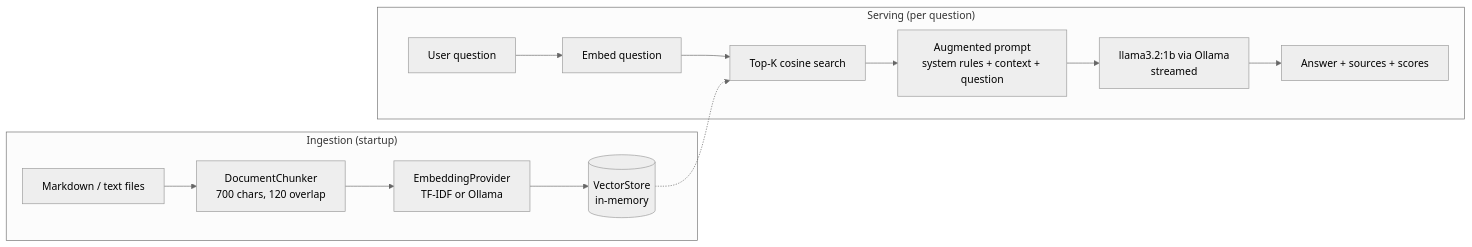
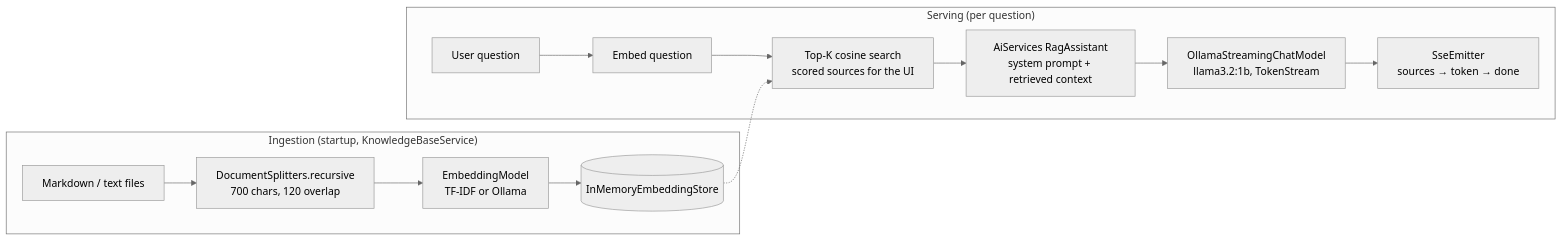
The diagram in README.md (toddjay2021/RAG-via-Ollama), drawn with Mermaid (neutral theme) before and after one commit. The commit also changed other lines of this file and 26 other files, not shown here.

First line of the commit message:
Rebuild the demo on Spring Boot 3 + langchain4j 0.34 with SSE streaming

````diff
--- a/README.md
+++ b/README.md
@@ -36,17 +41,17 @@
 ```mermaid
 flowchart LR
-    subgraph Ingestion["Ingestion (startup)"]
-        A[Markdown / text files] --> B[DocumentChunker<br/>700 chars, 120 overlap]
-        B --> C[EmbeddingProvider<br/>TF-IDF or Ollama]
-        C --> D[(VectorStore<br/>in-memory)]
+    subgraph Ingestion["Ingestion (startup, KnowledgeBaseService)"]
+        A[Markdown / text files] --> B[DocumentSplitters.recursive<br/>700 chars, 120 overlap]
+        B --> C[EmbeddingModel<br/>TF-IDF or Ollama]
+        C --> D[(InMemoryEmbeddingStore)]
     end
 
     subgraph Serving["Serving (per question)"]
         Q[User question] --> E[Embed question]
-        E --> F[Top-K cosine search]
+        E --> F[Top-K cosine search<br/>scored sources for the UI]
         D -.-> F
-        F --> G[Augmented prompt<br/>system rules + context + question]
-        G --> H[llama3.2:1b via Ollama<br/>streamed]
-        H --> A2[Answer + sources + scores]
+        F --> G[AiServices RagAssistant<br/>system prompt + retrieved context]
+        G --> H[OllamaStreamingChatModel<br/>llama3.2:1b, TokenStream]
+        H --> I[SseEmitter<br/>sources → token → done]
     end
 ```
````
